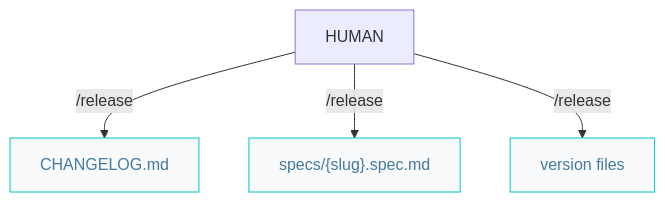
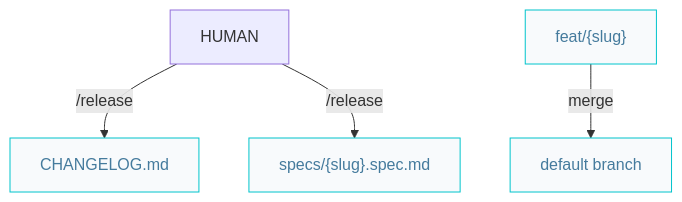
The second of 2 diagrams in docs/craftsman.pipelines.md (AIDDbot/AIDDbot), drawn with Mermaid before and after one commit. The commit also changed other lines of this file and 32 other files, not shown here.

````diff
--- a/docs/craftsman.pipelines.md
+++ b/docs/craftsman.pipelines.md
@@ -27,11 +29,14 @@
 ```mermaid
 flowchart TD  
   HUM[HUMAN]
+  FEAT["feat/{slug}"]:::nd
+  MAIN["default branch"]:::nd
   SPC["specs/{slug}.spec.md"]:::nd
   CHL["CHANGELOG.md"]:::nd
-  VER["version files"]:::nd
 
-  HUM -->|/release| CHL & SPC & VER
+  FEAT -->|merge| MAIN
+  HUM -->|/release| CHL
+  HUM -->|/release| SPC
   
   classDef nd fill:#f8fafc,stroke:#00c4cc,color:#457b9d
-``` 
+```
````
